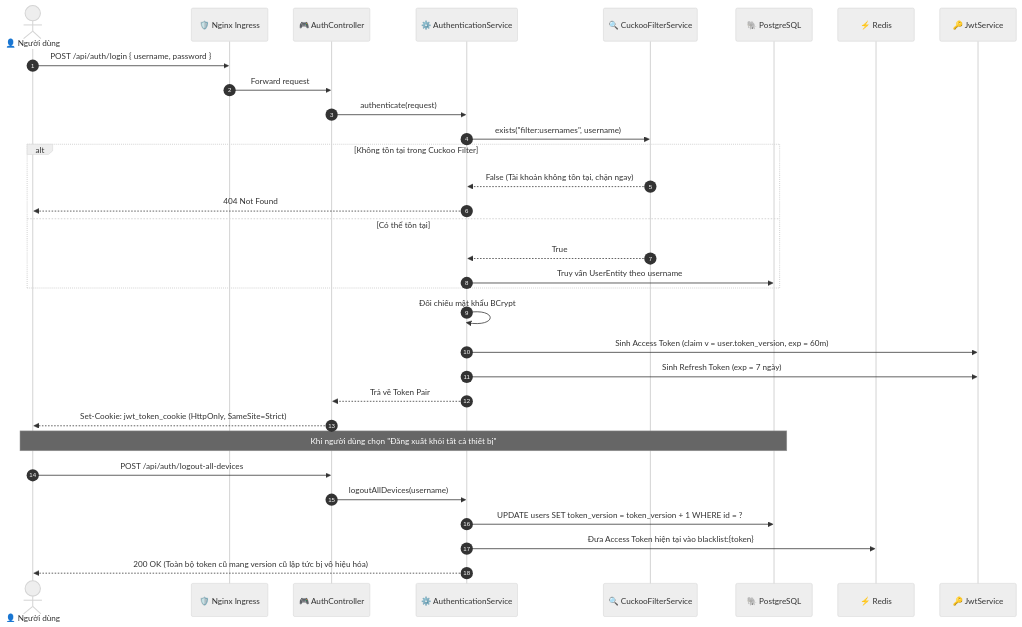
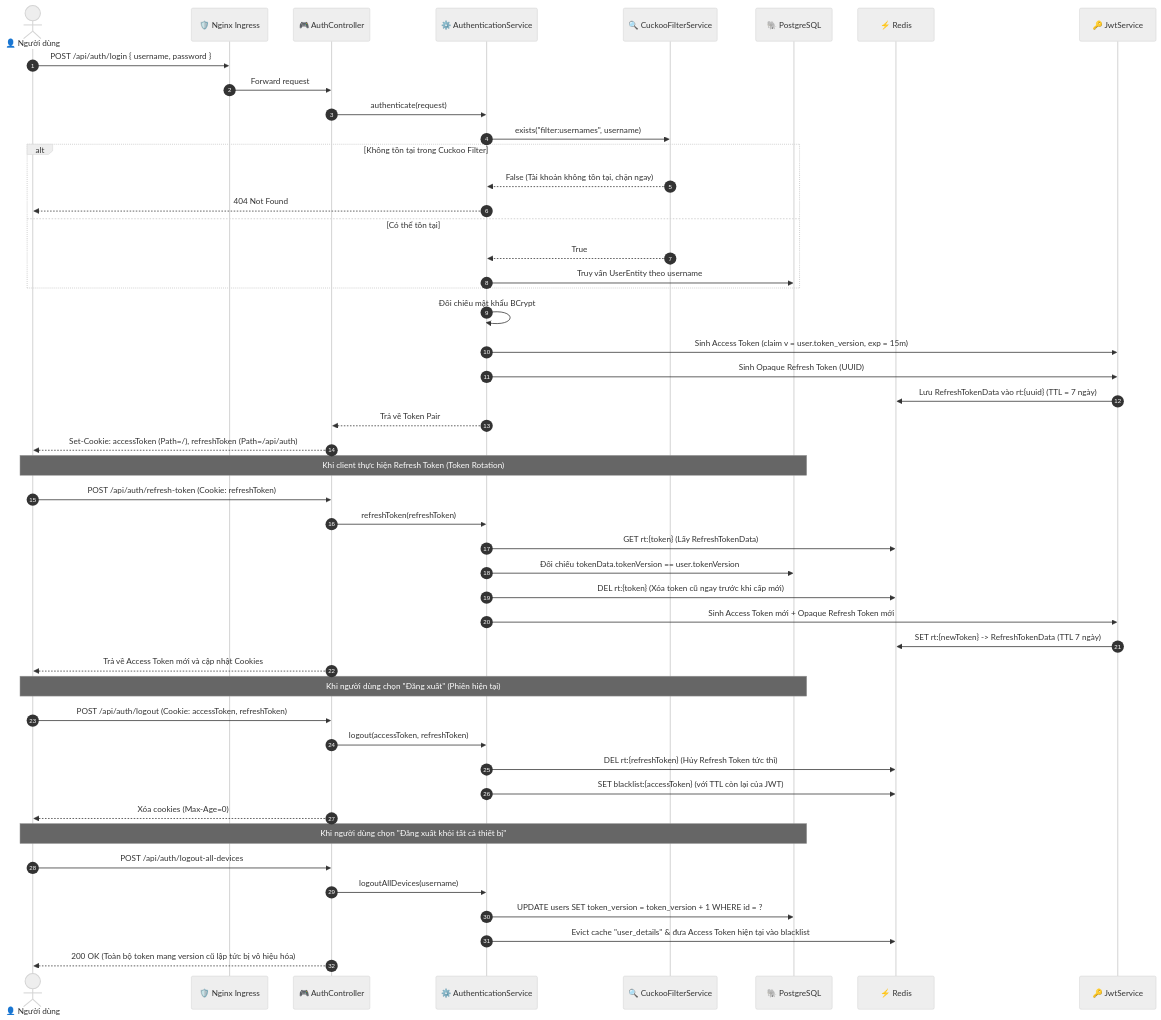
Before and after one commit to phwkha/ChatWeb-RealTime: the second of 4 diagrams in docs/architecture/03-sequence-diagrams.md, drawn with Mermaid (neutral theme). The commit also changed 16 other files, not shown here.

First line of the commit message:
Refactor JWT handling and implement Refresh Token rotation

````diff
--- a/docs/architecture/03-sequence-diagrams.md
+++ b/docs/architecture/03-sequence-diagrams.md
@@ -84,39 +84,57 @@
 ```mermaid
 sequenceDiagram
     autonumber
     actor User as 👤 Người dùng
     participant Nginx as 🛡️ Nginx Ingress
     participant AuthCtrl as 🎮 AuthController
     participant AuthSvc as ⚙️ AuthenticationService
     participant Cuckoo as 🔍 CuckooFilterService
     participant DB as 🐘 PostgreSQL
     participant Redis as ⚡ Redis
     participant JWT as 🔑 JwtService
 
     User->>Nginx: POST /api/auth/login { username, password }
     Nginx->>AuthCtrl: Forward request
     AuthCtrl->>AuthSvc: authenticate(request)
     
     AuthSvc->>Cuckoo: exists("filter:usernames", username)
     alt Không tồn tại trong Cuckoo Filter
         Cuckoo-->>AuthSvc: False (Tài khoản không tồn tại, chặn ngay)
         AuthSvc-->>User: 404 Not Found
     else Có thể tồn tại
         Cuckoo-->>AuthSvc: True
         AuthSvc->>DB: Truy vấn UserEntity theo username
     end
 
     AuthSvc->>AuthSvc: Đối chiếu mật khẩu BCrypt
-    AuthSvc->>JWT: Sinh Access Token (claim v = user.token_version, exp = 60m)
-    AuthSvc->>JWT: Sinh Refresh Token (exp = 7 ngày)
+    AuthSvc->>JWT: Sinh Access Token (claim v = user.token_version, exp = 15m)
+    AuthSvc->>JWT: Sinh Opaque Refresh Token (UUID)
+    JWT->>Redis: Lưu RefreshTokenData vào rt:{uuid} (TTL = 7 ngày)
     
     AuthSvc-->>AuthCtrl: Trả về Token Pair
-    AuthCtrl-->>User: Set-Cookie: jwt_token_cookie (HttpOnly, SameSite=Strict)
+    AuthCtrl-->>User: Set-Cookie: accessToken (Path=/), refreshToken (Path=/api/auth)
+
+    note over User, DB: Khi client thực hiện Refresh Token (Token Rotation)
+    User->>AuthCtrl: POST /api/auth/refresh-token (Cookie: refreshToken)
+    AuthCtrl->>AuthSvc: refreshToken(refreshToken)
+    AuthSvc->>Redis: GET rt:{token} (Lấy RefreshTokenData)
+    AuthSvc->>DB: Đối chiếu tokenData.tokenVersion == user.tokenVersion
+    AuthSvc->>Redis: DEL rt:{token} (Xóa token cũ ngay trước khi cấp mới)
+    AuthSvc->>JWT: Sinh Access Token mới + Opaque Refresh Token mới
+    JWT->>Redis: SET rt:{newToken} -> RefreshTokenData (TTL 7 ngày)
+    AuthCtrl-->>User: Trả về Access Token mới và cập nhật Cookies
+
+    note over User, DB: Khi người dùng chọn "Đăng xuất" (Phiên hiện tại)
+    User->>AuthCtrl: POST /api/auth/logout (Cookie: accessToken, refreshToken)
+    AuthCtrl->>AuthSvc: logout(accessToken, refreshToken)
+    AuthSvc->>Redis: DEL rt:{refreshToken} (Hủy Refresh Token tức thì)
+    AuthSvc->>Redis: SET blacklist:{accessToken} (với TTL còn lại của JWT)
+    AuthCtrl-->>User: Xóa cookies (Max-Age=0)
 
     note over User, DB: Khi người dùng chọn "Đăng xuất khỏi tất cả thiết bị"
     User->>AuthCtrl: POST /api/auth/logout-all-devices
     AuthCtrl->>AuthSvc: logoutAllDevices(username)
     AuthSvc->>DB: UPDATE users SET token_version = token_version + 1 WHERE id = ?
-    AuthSvc->>Redis: Đưa Access Token hiện tại vào blacklist:{token}
-    AuthSvc-->>User: 200 OK (Toàn bộ token cũ mang version cũ lập tức bị vô hiệu hóa)
+    AuthSvc->>Redis: Evict cache "user_details" & đưa Access Token hiện tại vào blacklist
+    AuthCtrl-->>User: 200 OK (Toàn bộ token mang version cũ lập tức bị vô hiệu hóa)
 ```
````
